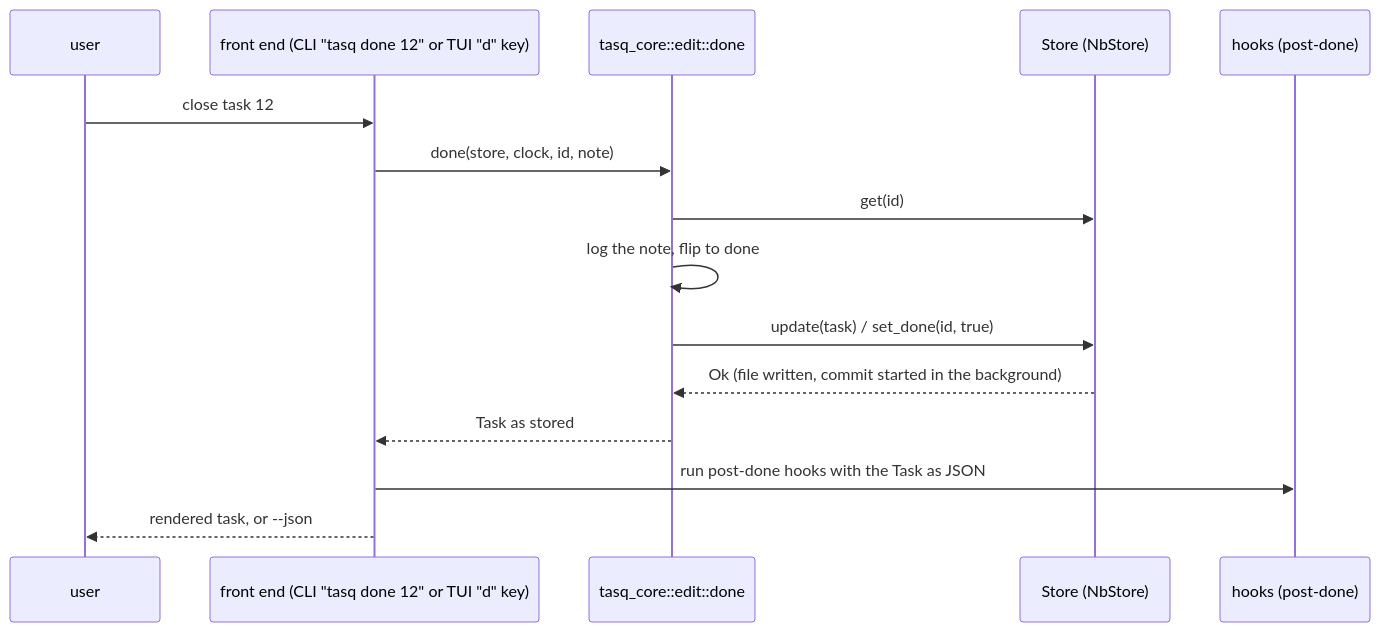
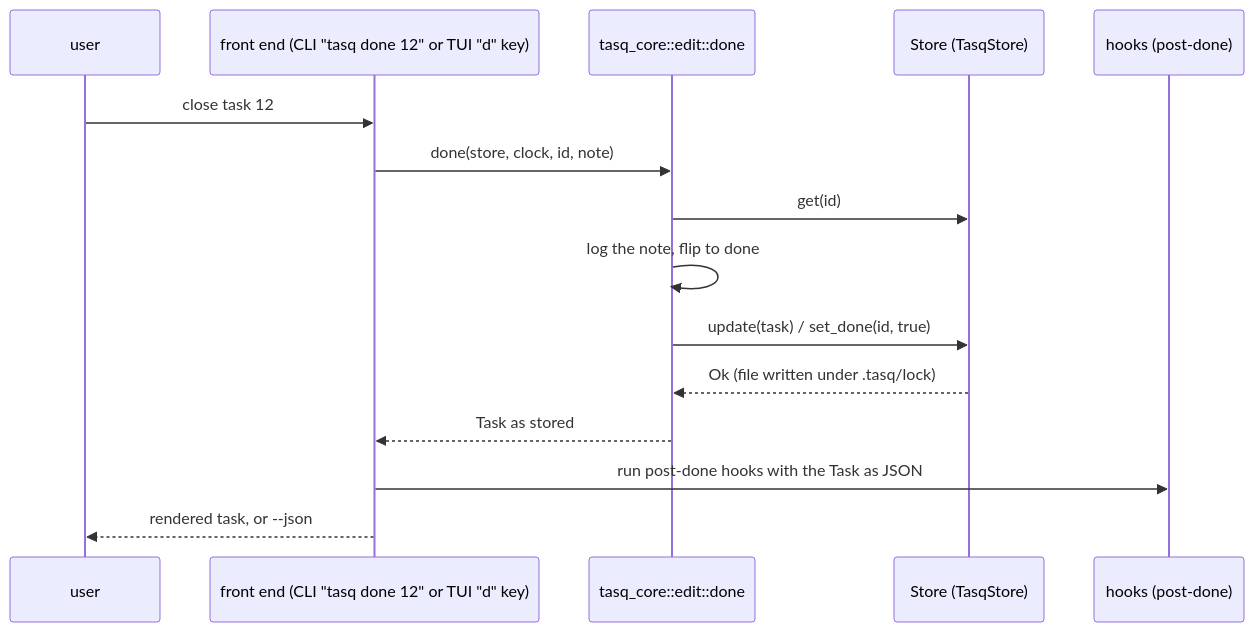
Before and after one commit to pauc/tasq: the seventh of 7 diagrams in docs/architecture.md, drawn with Mermaid. The commit also changed other lines of this file and 23 other files, not shown here.

````diff
--- a/docs/architecture.md
+++ b/docs/architecture.md
@@ -391,18 +370,18 @@
 ```mermaid
 sequenceDiagram
     participant U as user
     participant FE as front end (CLI "tasq done 12" or TUI "d" key)
     participant E as tasq_core::edit::done
-    participant S as Store (NbStore)
+    participant S as Store (TasqStore)
     participant H as hooks (post-done)
 
     U->>FE: close task 12
     FE->>E: done(store, clock, id, note)
     E->>S: get(id)
     E->>E: log the note, flip to done
     E->>S: update(task) / set_done(id, true)
-    S-->>E: Ok (file written, commit started in the background)
+    S-->>E: Ok (file written under .tasq/lock)
     E-->>FE: Task as stored
     FE->>H: run post-done hooks with the Task as JSON
     FE-->>U: rendered task, or --json
 ```
````
